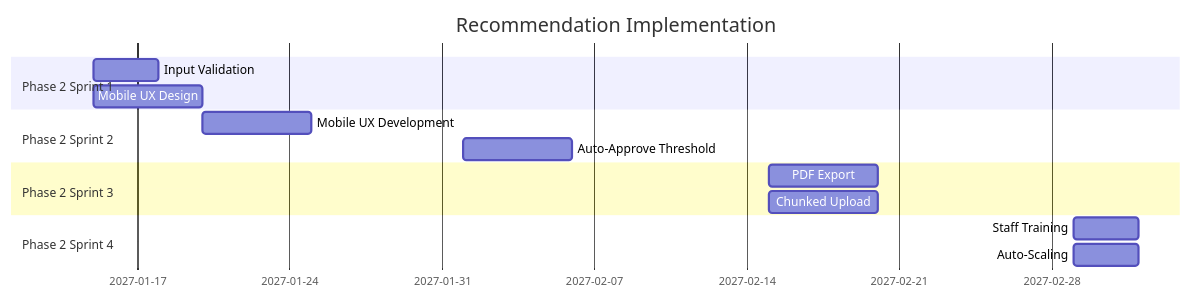
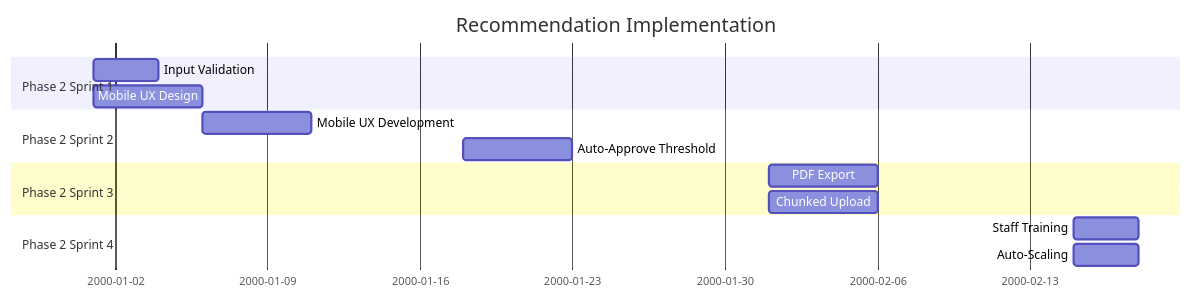
The diagram in document-template/21_Solution_Evaluation/Recommended-Actions.md (oat431/swe-knowledge), drawn with Mermaid before and after one commit. The commit also changed 56 other files, not shown here.

````diff
--- a/document-template/21_Solution_Evaluation/Recommended-Actions.md
+++ b/document-template/21_Solution_Evaluation/Recommended-Actions.md
@@ -70,17 +70,18 @@
 ```mermaid
 gantt
     title Recommendation Implementation
     dateFormat YYYY-MM-DD
+    %% Placeholder schedule: base 2000-01-01 = project start; recompute real dates when instantiating
     section Phase 2 Sprint 1
-    Input Validation         :a1, 2027-01-15, 3d
-    Mobile UX Design         :a2, 2027-01-15, 5d
+    Input Validation         :a1, 2000-01-01, 3d
+    Mobile UX Design         :a2, 2000-01-01, 5d
     section Phase 2 Sprint 2
     Mobile UX Development    :a3, after a2, 5d
-    Auto-Approve Threshold   :a4, 2027-02-01, 5d
+    Auto-Approve Threshold   :a4, 2000-01-18, 5d
     section Phase 2 Sprint 3
-    PDF Export               :a5, 2027-02-15, 5d
-    Chunked Upload           :a6, 2027-02-15, 5d
+    PDF Export               :a5, 2000-02-01, 5d
+    Chunked Upload           :a6, 2000-02-01, 5d
     section Phase 2 Sprint 4
-    Staff Training           :a7, 2027-03-01, 3d
-    Auto-Scaling             :a8, 2027-03-01, 3d
+    Staff Training           :a7, 2000-02-15, 3d
+    Auto-Scaling             :a8, 2000-02-15, 3d
 ```
````
